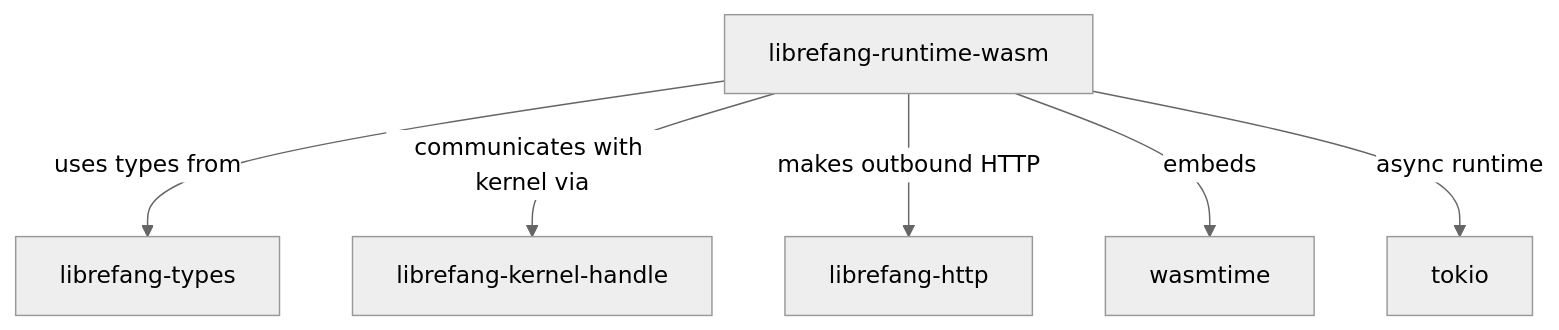
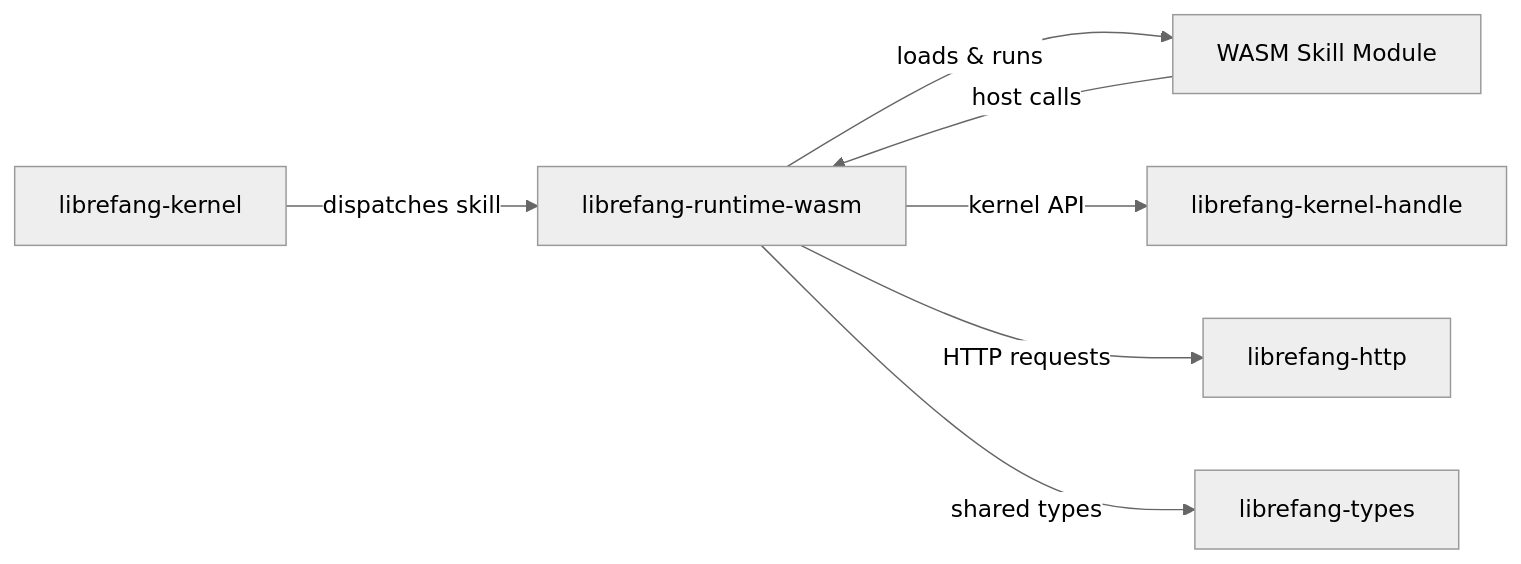
One commit to leszek3737/librefang-WIki changed the diagram in other-librefang-runtime-wasm.md. Above: the diagram before and after it, drawn with Mermaid (neutral theme). The commit also changed other lines of this file and 98 other files, not shown here.

````diff
--- a/other-librefang-runtime-wasm.md
+++ b/other-librefang-runtime-wasm.md
@@ -20,8 +17,9 @@
 ```mermaid
-graph TD
-    A[librefang-runtime-wasm] -->|uses types from| B[librefang-types]
-    A -->|communicates with kernel via| C[librefang-kernel-handle]
-    A -->|makes outbound HTTP| D[librefang-http]
-    A -->|embeds| E[wasmtime]
-    A -->|async runtime| F[tokio]
+graph LR
+    A[librefang-kernel] -->|"dispatches skill"| B[librefang-runtime-wasm]
+    B -->|"loads & runs"| C[WASM Skill Module]
+    C -->|"host calls"| B
+    B -->|"kernel API"| D[librefang-kernel-handle]
+    B -->|"HTTP requests"| E[librefang-http]
+    B -->|"shared types"| F[librefang-types]
 ```
````
